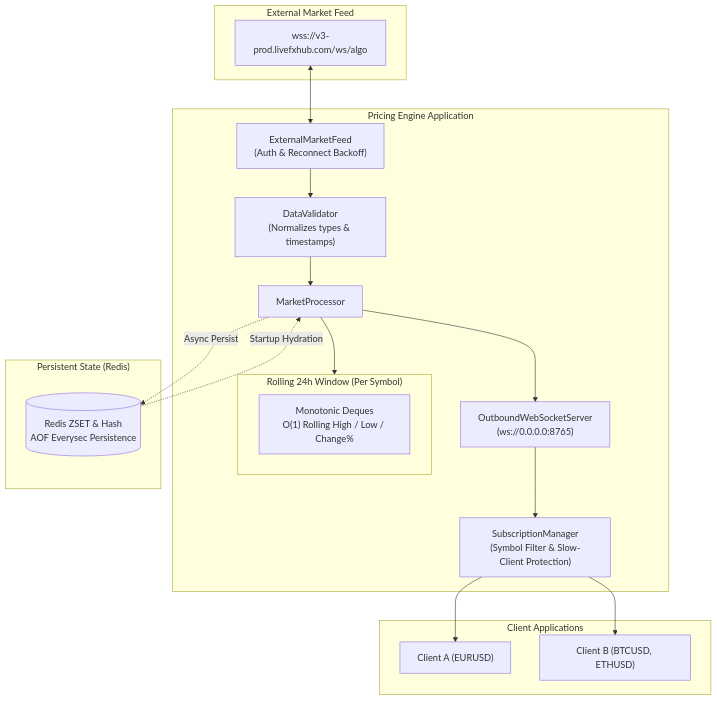
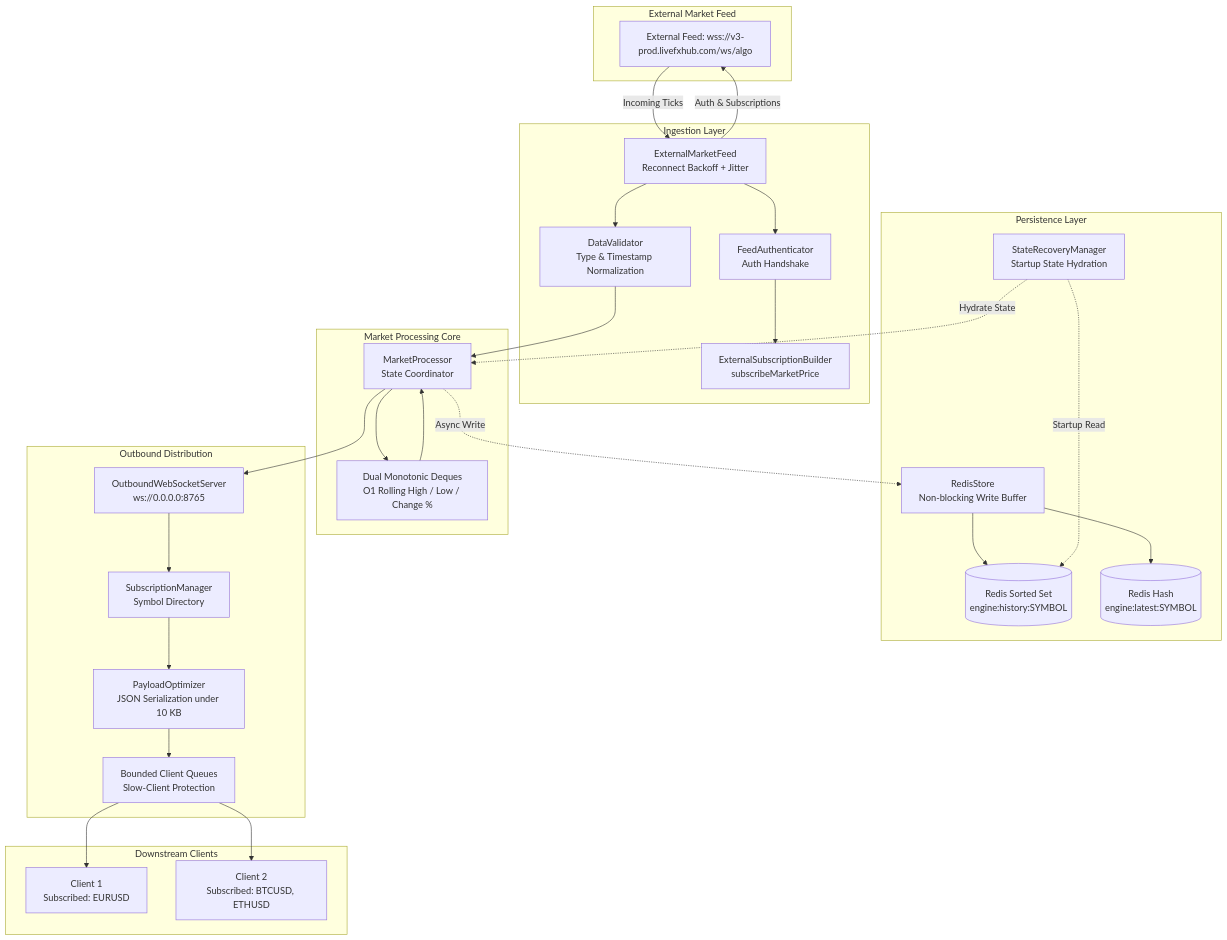
The diagram in README.md (ShubhraAR-Hebbar/Task), drawn with Mermaid before and after one commit. The commit also changed 1 other file, not shown here.

Commit message:
fix(docs): fix Mermaid diagram syntax for GitHub rich rendering

````diff
--- a/README.md
+++ b/README.md
@@ -28,36 +28,57 @@
 ```mermaid
 flowchart TD
-    subgraph Upstream ["External Market Feed"]
-        EX_WS["wss://v3-prod.livefxhub.com/ws/algo"]
+    subgraph Upstream [External Market Feed]
+        EX_WS["External Feed: wss://v3-prod.livefxhub.com/ws/algo"]
     end
 
-    subgraph EngineCore ["Pricing Engine Application"]
-        INGEST["ExternalMarketFeed\n(Auth & Reconnect Backoff)"]
-        VAL["DataValidator\n(Normalizes types & timestamps)"]
-        PROC["MarketProcessor"]
-        
-        subgraph Windowing ["Rolling 24h Window (Per Symbol)"]
-            DEQUE["Monotonic Deques\nO(1) Rolling High / Low / Change%"]
-        end
-        
-        SRV["OutboundWebSocketServer\n(ws://0.0.0.0:8765)"]
-        SUB_MGR["SubscriptionManager\n(Symbol Filter & Slow-Client Protection)"]
+    subgraph Ingestion [Ingestion Layer]
+        CONN_MGR["ExternalMarketFeed<br/>Reconnect Backoff + Jitter"]
+        AUTH["FeedAuthenticator<br/>Auth Handshake"]
+        SUB_BUILDER["ExternalSubscriptionBuilder<br/>subscribeMarketPrice"]
+        VAL["DataValidator<br/>Type & Timestamp Normalization"]
     end
 
-    subgraph Storage ["Persistent State (Redis)"]
-        REDIS[("Redis ZSET & Hash\nAOF Everysec Persistence")]
+    subgraph Processing [Market Processing Core]
+        PROC["MarketProcessor<br/>State Coordinator"]
+        DEQUE["Dual Monotonic Deques<br/>O1 Rolling High / Low / Change %"]
     end
 
-    subgraph Downstream ["Client Applications"]
-        C1["Client A (EURUSD)"]
-        C2["Client B (BTCUSD, ETHUSD)"]
+    subgraph Storage [Persistence Layer]
+        STORE["RedisStore<br/>Non-blocking Write Buffer"]
+        REC["StateRecoveryManager<br/>Startup State Hydration"]
+        REDIS_ZSET[("Redis Sorted Set<br/>engine:history:SYMBOL")]
+        REDIS_HASH[("Redis Hash<br/>engine:latest:SYMBOL")]
     end
 
-    EX_WS <--> INGEST
-    INGEST --> VAL --> PROC --> Windowing
-    PROC -.->|Async Persist| REDIS
-    REDIS -.->|Startup Hydration| PROC
-    PROC --> SRV --> SUB_MGR
-    SUB_MGR --> C1
-    SUB_MGR --> C2
+    subgraph Distribution [Outbound Distribution]
+        WS_SRV["OutboundWebSocketServer<br/>ws://0.0.0.0:8765"]
+        SUB_MGR["SubscriptionManager<br/>Symbol Directory"]
+        OPTIMIZER["PayloadOptimizer<br/>JSON Serialization under 10 KB"]
+        CLIENT_QUEUE["Bounded Client Queues<br/>Slow-Client Protection"]
+    end
+
+    subgraph Clients [Downstream Clients]
+        C1["Client 1<br/>Subscribed: EURUSD"]
+        C2["Client 2<br/>Subscribed: BTCUSD, ETHUSD"]
+    end
+
+    EX_WS -->|Incoming Ticks| CONN_MGR
+    CONN_MGR -->|Auth & Subscriptions| EX_WS
+    CONN_MGR --> AUTH
+    AUTH --> SUB_BUILDER
+    CONN_MGR --> VAL
+    VAL --> PROC
+    PROC --> DEQUE
+    DEQUE --> PROC
+    PROC -.->|Async Write| STORE
+    STORE --> REDIS_ZSET
+    STORE --> REDIS_HASH
+    REC -.->|Startup Read| REDIS_ZSET
+    REC -.->|Hydrate State| PROC
+    PROC --> WS_SRV
+    WS_SRV --> SUB_MGR
+    SUB_MGR --> OPTIMIZER
+    OPTIMIZER --> CLIENT_QUEUE
+    CLIENT_QUEUE --> C1
+    CLIENT_QUEUE --> C2
 ```
````
